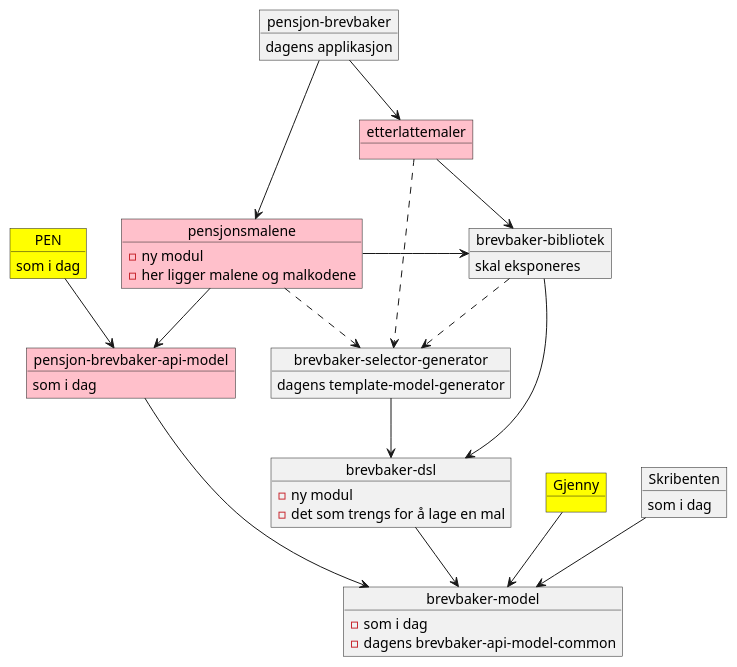
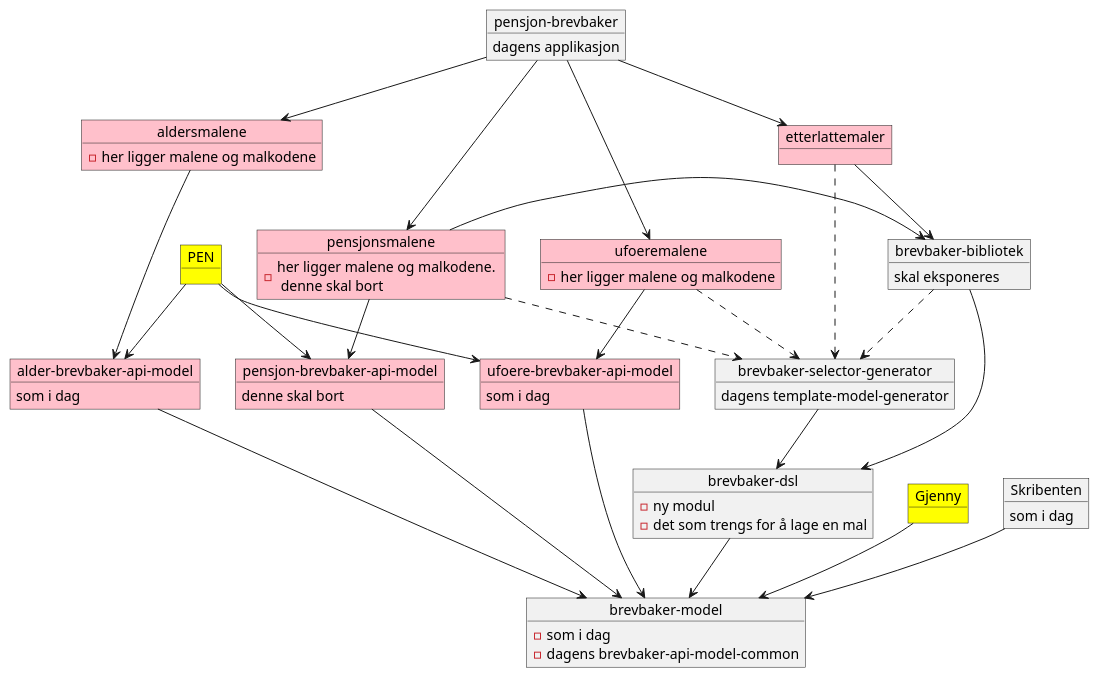
Before and after one commit to navikt/pensjonsbrev: the diagram in docs/moduldiagram.puml, drawn with PlantUML. The commit also changed 35 other files, not shown here.

```diff
--- a/docs/moduldiagram.puml
+++ b/docs/moduldiagram.puml
@@ -1,55 +1,76 @@
 @startuml
 
 object "pensjon-brevbaker" as brevbaker
 brevbaker : dagens applikasjon
 
 object pensjonsmalene #pink
-pensjonsmalene : - ny modul
-pensjonsmalene : - her ligger malene og malkodene
+pensjonsmalene : - her ligger malene og malkodene. \n denne skal bort
+
+object ufoeremalene #pink
+ufoeremalene : - her ligger malene og malkodene
+
+object aldersmalene #pink
+aldersmalene : - her ligger malene og malkodene
 
 object "etterlattemaler" as etterlatte #pink
 
-object "pensjon-brevbaker-api-model" as apimodel #pink
-apimodel : som i dag
+object "pensjon-brevbaker-api-model" as pensjonapimodel #pink
+pensjonapimodel : denne skal bort
+
+object "alder-brevbaker-api-model" as alderapimodel #pink
+alderapimodel : som i dag
+
+object "ufoere-brevbaker-api-model" as ufoereapimodel #pink
+ufoereapimodel : som i dag
 
 object "brevbaker-dsl" as dsl
 dsl : - ny modul
 dsl : - det som trengs for å lage en mal
 
 object "brevbaker-bibliotek" as bibliotek
 bibliotek : skal eksponeres
 
 object Gjenny #yellow
 
 object "brevbaker-model" as modelcommon
 modelcommon : - som i dag
 modelcommon : - dagens brevbaker-api-model-common
 
 object "brevbaker-selector-generator" as tmg
 tmg : dagens template-model-generator
 
 object PEN #yellow
-PEN : som i dag
 
 object Skribenten
 Skribenten : som i dag
 
 bibliotek --> dsl
 brevbaker --> pensjonsmalene
+brevbaker --> aldersmalene
+brevbaker --> ufoeremalene
 brevbaker --> etterlatte
-pensjonsmalene --> apimodel
+pensjonsmalene --> pensjonapimodel
+
+aldersmalene --> alderapimodel
+ufoeremalene --> ufoereapimodel
+
 pensjonsmalene -> bibliotek
 etterlatte --> bibliotek
-apimodel --> modelcommon
+pensjonapimodel --> modelcommon
+alderapimodel --> modelcommon
+ufoereapimodel --> modelcommon
 dsl --> modelcommon
 tmg --> dsl
 etterlatte ..> tmg
 pensjonsmalene ..> tmg
+ufoeremalene ..> tmg
 bibliotek ..> tmg
 
-PEN --> apimodel
+PEN --> pensjonapimodel
+PEN --> alderapimodel
+PEN --> ufoereapimodel
 Gjenny --> modelcommon
 
 Skribenten --> modelcommon
 
 @enduml
```
